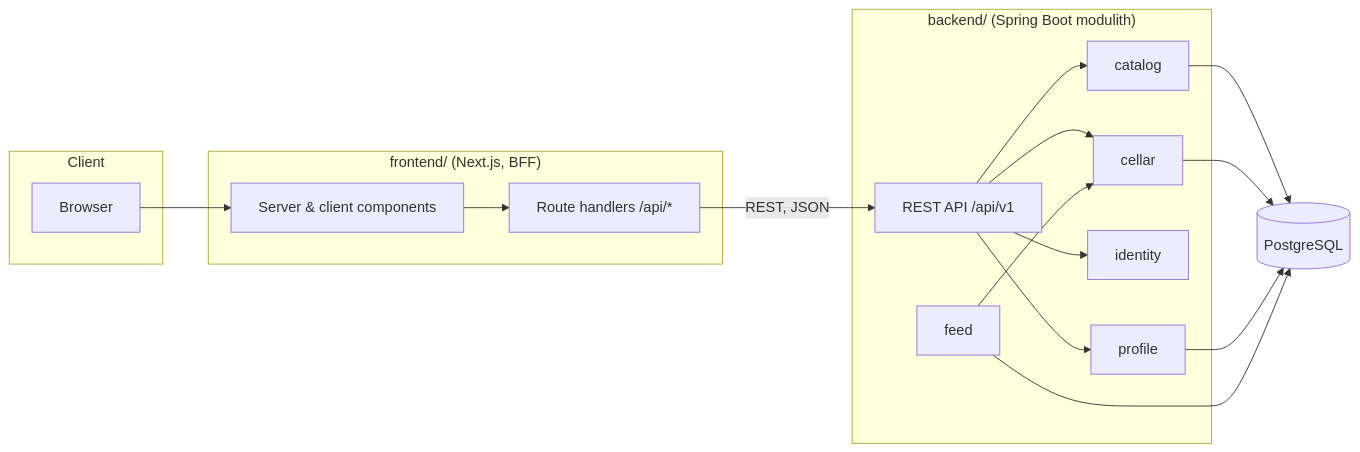
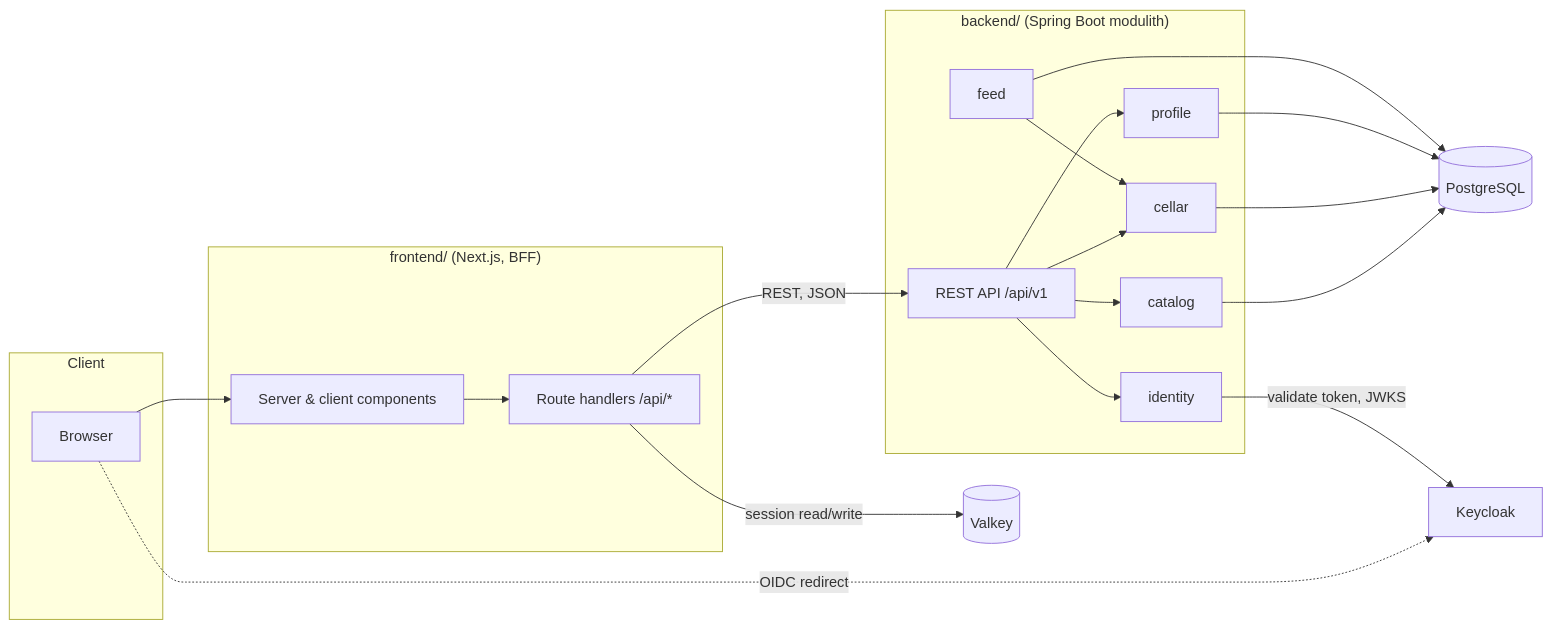
Before and after one commit to MiguelSombrero/kalia: the diagram in docs/architecture.md, drawn with Mermaid.

Commit message:
Add Keycloak and Valkey to the high-level architecture diagram
The §2 diagram showed only the frontend, backend and PostgreSQL,
omitting two services the system depends on throughout: Keycloak
(OIDC identity provider, §6) and Valkey (Auth.js's session store,
ADR-0025). Neither was ever deliberately scoped out, so the diagram
had drifted from what §6 and the docker-compose stack already
describe.

````diff
--- a/docs/architecture.md
+++ b/docs/architecture.md
@@ -53,24 +53,27 @@
 ```mermaid
 flowchart LR
     subgraph Client
         Browser
     end
     subgraph Frontend["frontend/ (Next.js, BFF)"]
         UI[Server & client components]
         RH[Route handlers /api/*]
     end
     subgraph Backend["backend/ (Spring Boot modulith)"]
         API[REST API /api/v1]
         CAT[catalog]
         CEL[cellar]
         IDN[identity]
         PROF[profile]
         FED[feed]
     end
     Browser --> UI
     UI --> RH
     RH -->|REST, JSON| API
     API --> CAT & CEL & IDN & PROF
     FED --> CEL
     CAT & CEL & PROF & FED --> PG[(PostgreSQL)]
+    Browser -.->|OIDC redirect| KC[Keycloak]
+    RH -->|session read/write| VK[(Valkey)]
+    IDN -->|validate token, JWKS| KC
 ```
````
